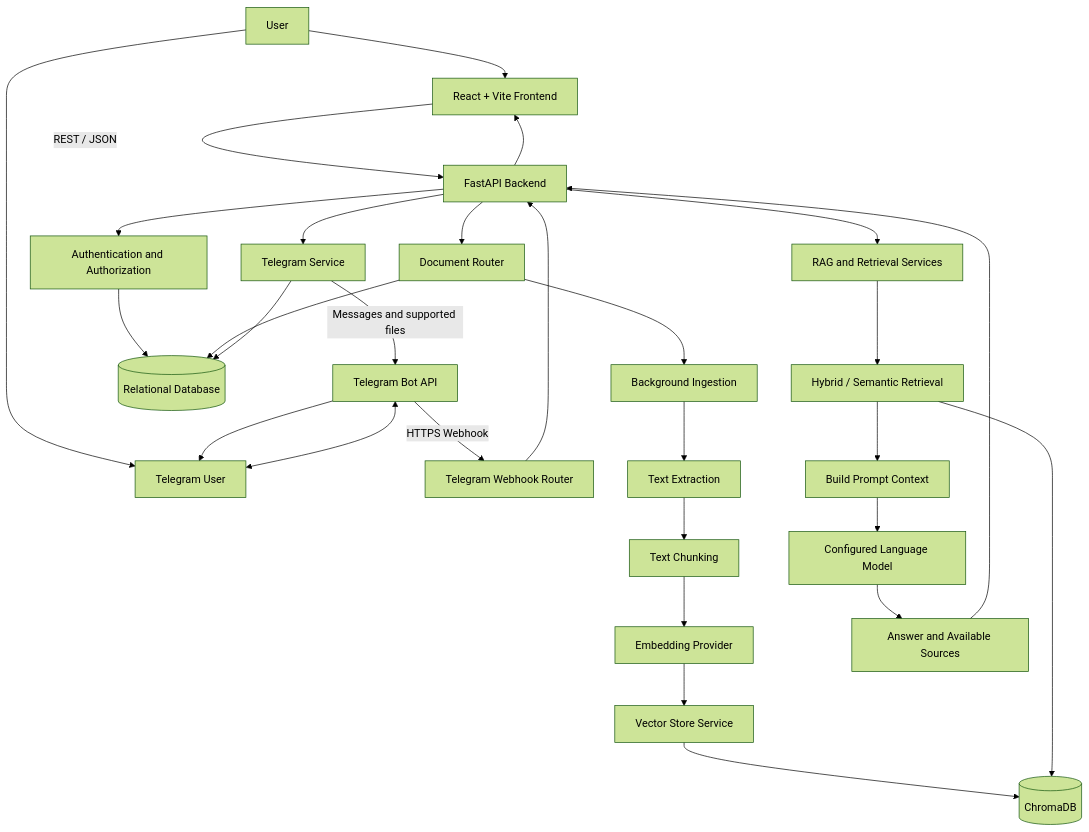
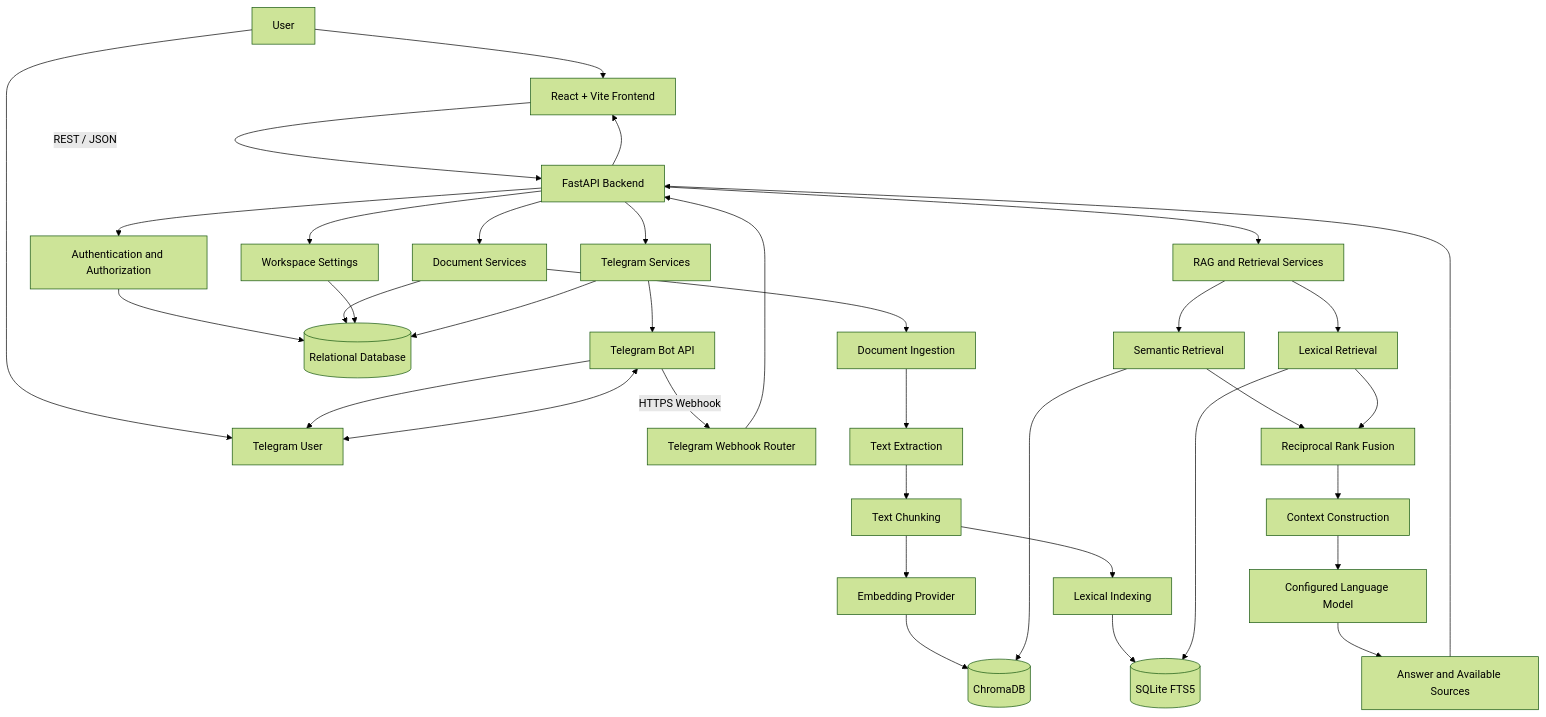
Before and after one commit to utkarsh-0106/JANGO-System: the diagram in README.md, drawn with Mermaid (forest theme). The commit also changed other lines of this file, not shown here.

````diff
--- a/README.md
+++ b/README.md
@@ -126,37 +220,49 @@
-``` mermaid
+```mermaid
 flowchart TD
     USER[User] --> WEB[React + Vite Frontend]
     USER --> TGUSER[Telegram User]
 
     WEB -->|REST / JSON| API[FastAPI Backend]
+
     TGUSER <--> BOT[Telegram Bot API]
     BOT -->|HTTPS Webhook| TGH[Telegram Webhook Router]
     TGH --> API
 
     API --> AUTH[Authentication and Authorization]
-    API --> DOCS[Document Router]
+    API --> DOCS[Document Services]
     API --> RAG[RAG and Retrieval Services]
-    API --> TGS[Telegram Service]
+    API --> TGS[Telegram Services]
+    API --> SETTINGS[Workspace Settings]
 
     AUTH --> SQL[(Relational Database)]
     DOCS --> SQL
+    SETTINGS --> SQL
     TGS --> SQL
 
-    DOCS --> INGEST[Background Ingestion]
+    DOCS --> INGEST[Document Ingestion]
     INGEST --> EXTRACT[Text Extraction]
     EXTRACT --> CHUNK[Text Chunking]
     CHUNK --> EMBED[Embedding Provider]
-    EMBED --> VS[Vector Store Service]
-    VS --> CHROMA[(ChromaDB)]
+    EMBED --> CHROMA[(ChromaDB)]
 
-    RAG --> RETRIEVE[Hybrid / Semantic Retrieval]
-    RETRIEVE --> CHROMA
-    RETRIEVE --> CONTEXT[Build Prompt Context]
+    CHUNK --> LEXINDEX[Lexical Indexing]
+    LEXINDEX --> FTS[(SQLite FTS5)]
+
+    RAG --> SEM[Semantic Retrieval]
+    RAG --> LEX[Lexical Retrieval]
+
+    SEM --> CHROMA
+    LEX --> FTS
+
+    SEM --> FUSION[Reciprocal Rank Fusion]
+    LEX --> FUSION
+
+    FUSION --> CONTEXT[Context Construction]
     CONTEXT --> LLM[Configured Language Model]
     LLM --> ANSWER[Answer and Available Sources]
 
     ANSWER --> API
     API --> WEB
-    TGS -->|Messages and supported files| BOT
+    TGS --> BOT
     BOT --> TGUSER
 ```
````
